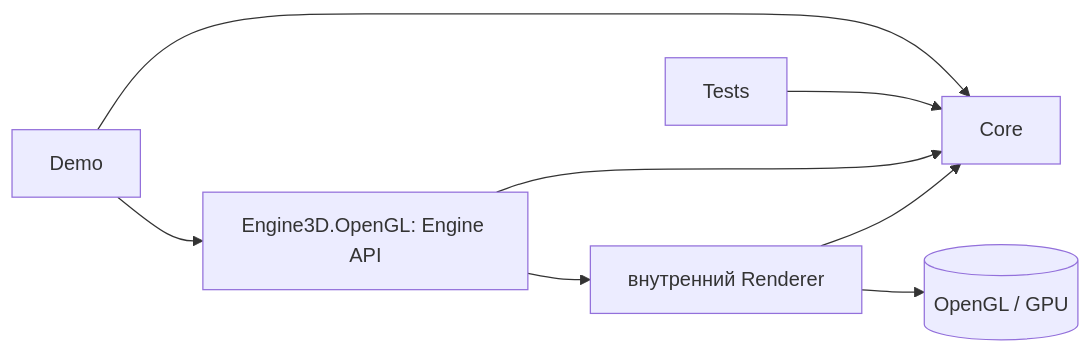
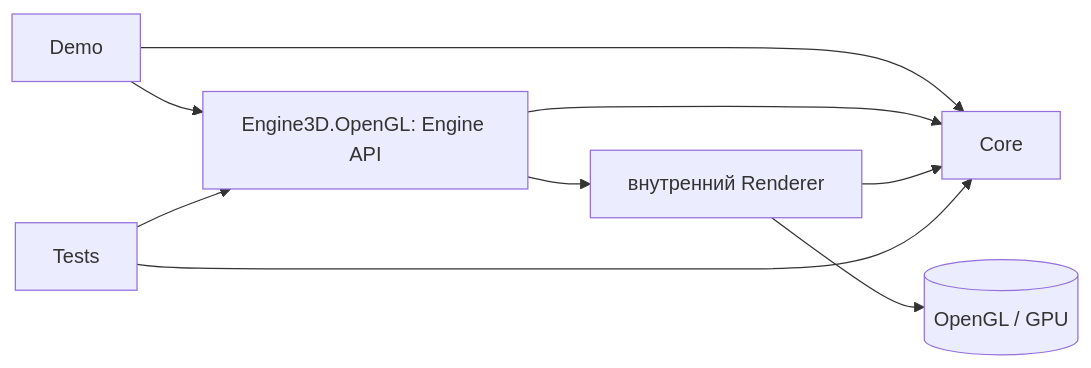
Before and after one commit to alken1t15/simple-3d-engine: the first of 2 diagrams in docs/architecture.md, drawn with Mermaid. The commit also changed other lines of this file and 3 other files, not shown here.

Commit message:
docs: update architecture, process and plan status after renderer

````diff
--- a/docs/architecture.md
+++ b/docs/architecture.md
@@ -20,10 +20,11 @@
 ```mermaid
 flowchart LR
     Demo --> Core
     Demo --> API[Engine3D.OpenGL: Engine API]
     API --> Core
     API --> Renderer[внутренний Renderer]
     Renderer --> Core
     Renderer --> GPU[(OpenGL / GPU)]
     Tests --> Core
+    Tests --> API
 ```
````
